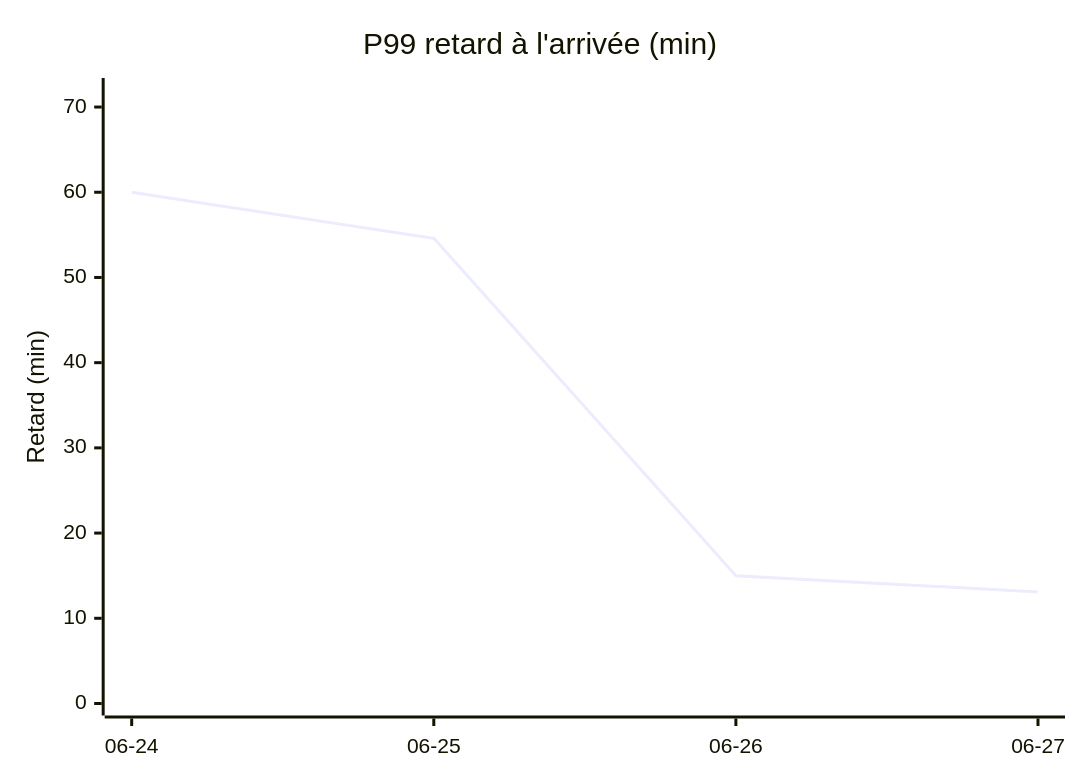
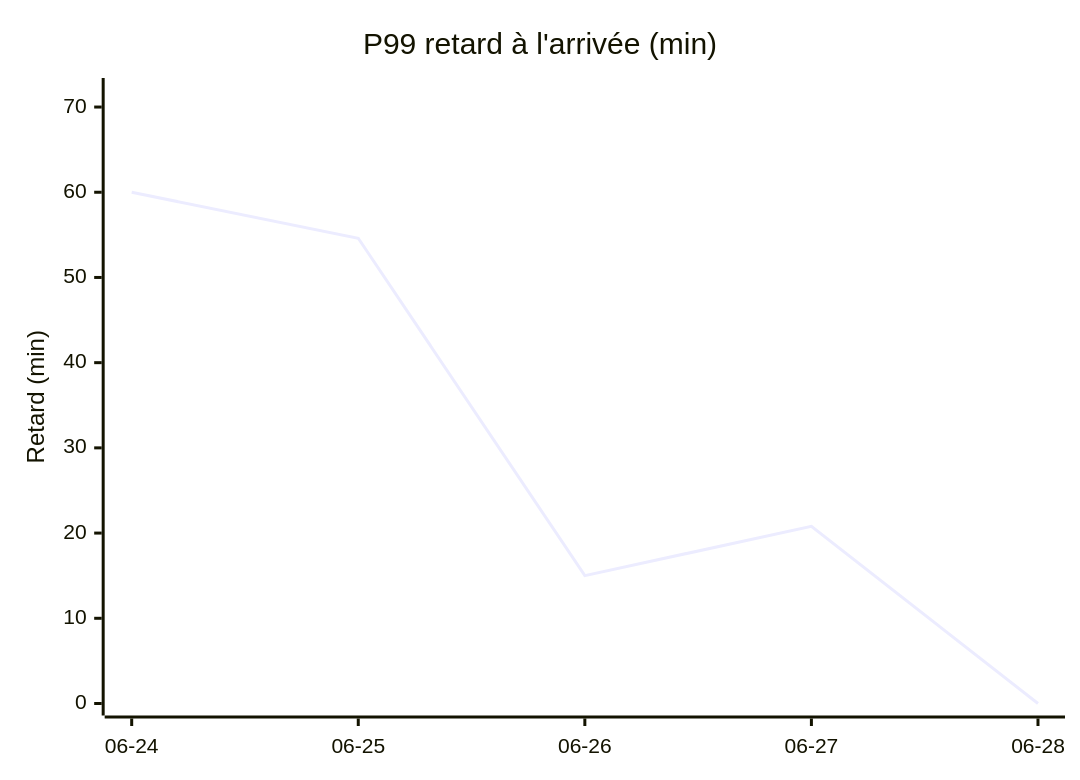
The second of 4 diagrams in STATS.md (antoinerep/horaire-ter), drawn with Mermaid before and after one commit. The commit also changed other lines of this file and 1 other file, not shown here.

````diff
--- a/STATS.md
+++ b/STATS.md
@@ -39,7 +39,7 @@
 ```mermaid
 xychart-beta
     title "P99 retard à l'arrivée (min)"
-    x-axis ["06-24", "06-25", "06-26", "06-27"]
+    x-axis ["06-24", "06-25", "06-26", "06-27", "06-28"]
     y-axis "Retard (min)" 0 --> 72
-    line [60.0, 54.6, 15.0, 13.1]
+    line [60.0, 54.6, 15.0, 20.8, 0.0]
 ```
````
